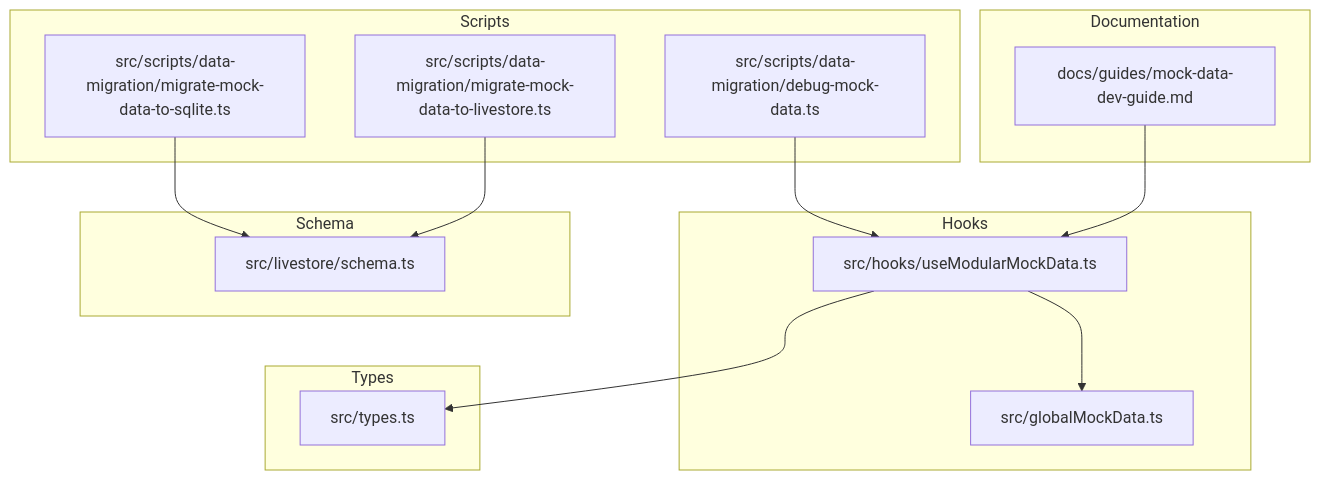
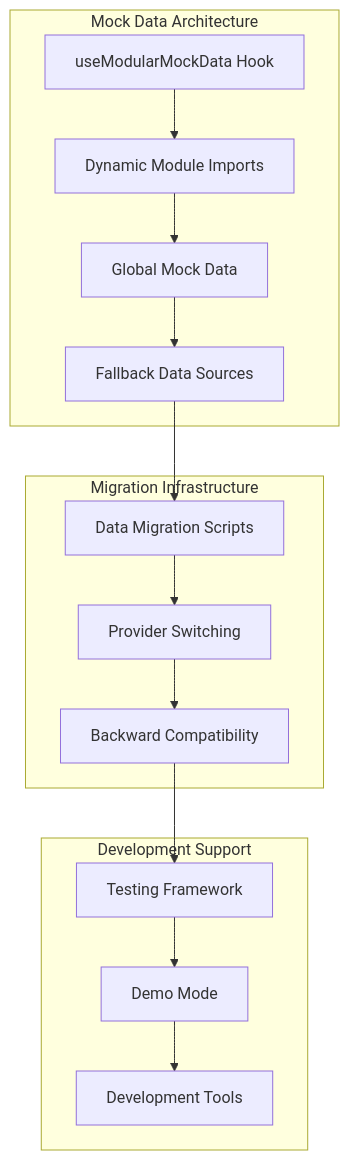
One commit to geniusdynamics/schoolpilot changed the first of 4 diagrams in .qoder/repowiki/en/content/Mock Data Dev Guide.md. Above: the diagram before and after it, drawn with Mermaid. The commit also changed other lines of this file and 16 other files, not shown here.

````diff
--- a/.qoder/repowiki/en/content/Mock Data Dev Guide.md
+++ b/.qoder/repowiki/en/content/Mock Data Dev Guide.md
@@ -32,27 +41,28 @@
 ```mermaid
 graph TB
-subgraph "Documentation"
-A["docs/guides/mock-data-dev-guide.md"]
+subgraph "Mock Data Architecture"
+A["useModularMockData Hook"]
+B["Dynamic Module Imports"]
+C["Global Mock Data"]
+D["Fallback Data Sources"]
 end
-subgraph "Hooks"
-B["src/hooks/useModularMockData.ts"]
-C["src/globalMockData.ts"]
+subgraph "Migration Infrastructure"
+E["Data Migration Scripts"]
+F["Provider Switching"]
+G["Backward Compatibility"]
 end
-subgraph "Scripts"
-D["src/scripts/data-migration/debug-mock-data.ts"]
-E["src/scripts/data-migration/migrate-mock-data-to-livestore.ts"]
-F["src/scripts/data-migration/migrate-mock-data-to-sqlite.ts"]
-end
-subgraph "Schema"
-G["src/livestore/schema.ts"]
-end
-subgraph "Types"
-H["src/types.ts"]
+subgraph "Development Support"
+H["Testing Framework"]
+I["Demo Mode"]
+J["Development Tools"]
 end
 A --> B
 B --> C
-D --> B
-E --> G
+C --> D
+D --> E
+E --> F
 F --> G
-B --> H
+G --> H
+H --> I
+I --> J
 ```
````
